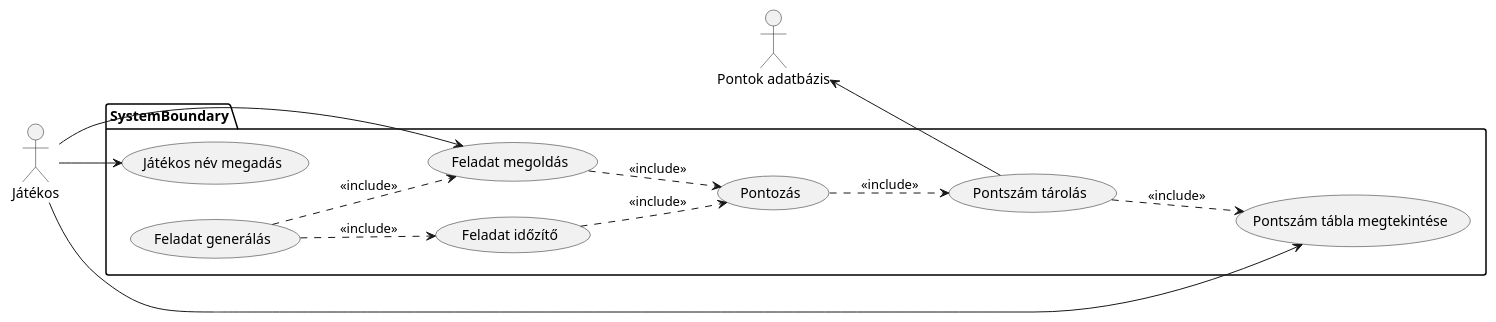
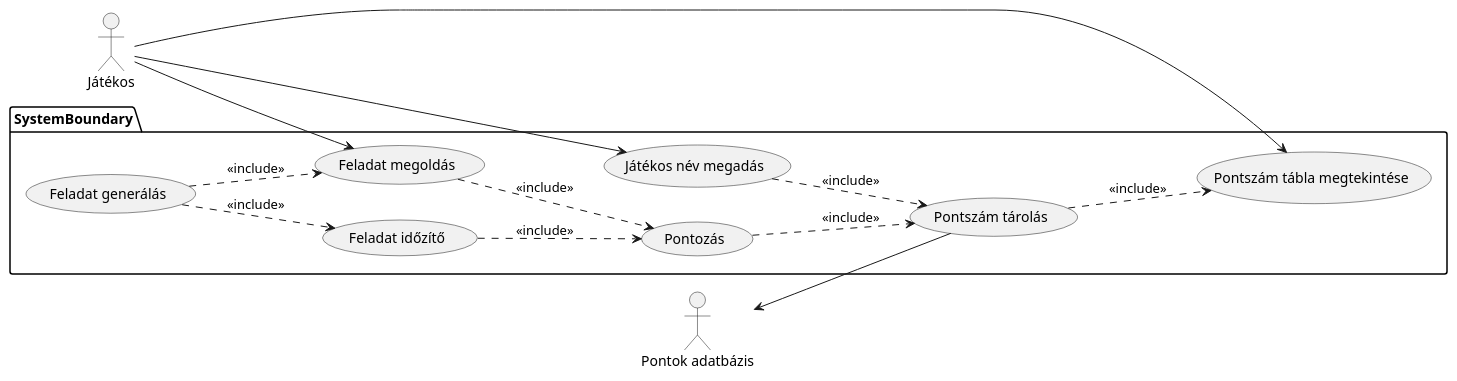
The diagram in assets/usecasePlantUML.plantuml (BlokOfWood/CSK4-szamtan-gyakorlo), drawn with PlantUML before and after one commit.

Commit message:
usecasePlantUML.plantuml bővítése

```diff
--- a/assets/usecasePlantUML.plantuml
+++ b/assets/usecasePlantUML.plantuml
@@ -1,22 +1,23 @@
 @startuml
 left to right direction
 package SystemBoundary {
   usecase "Játékos név megadás" as JNM
   usecase "Feladat generálás" as FG
   usecase "Feladat időzítő" as FI
   usecase "Feladat megoldás" as FM
   usecase "Pontozás" as P
   usecase "Pontszám tárolás" as PSZT
   usecase "Pontszám tábla megtekintése" as PSZTM
   FG ..> FM : <<include>>
   FG ..> FI : <<include>>
   FI ..> P : <<include>>
   FM ..> P : <<include>>
+  JNM ..> PSZT : <<include>>
   P ..> PSZT : <<include>>
   PSZT ..> PSZTM : <<include>>
 }
 :Játékos: --> FM
 :Játékos: --> JNM
 :Játékos: --> PSZTM
 :Pontok adatbázis: <-- PSZT
 @enduml
```
